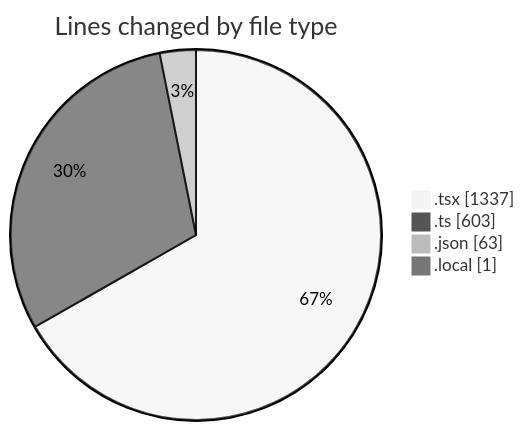
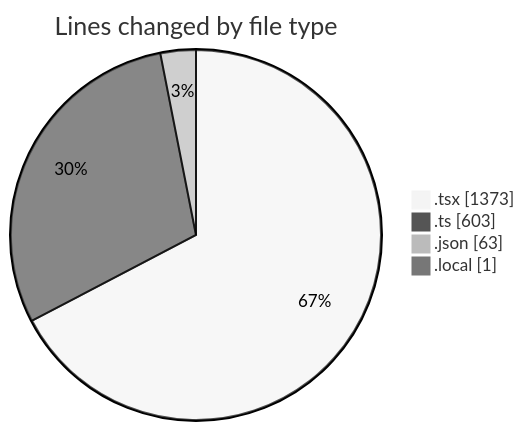
The first of 2 diagrams in 2025-10-21/eventscop-frontend-guide__workspace_/README.md (julien-gomy/code-tracking), drawn with Mermaid (neutral theme) before and after one commit. The commit also changed other lines of this file and 1 other file, not shown here.

````diff
--- a/2025-10-21/eventscop-frontend-guide__workspace_/README.md
+++ b/2025-10-21/eventscop-frontend-guide__workspace_/README.md
@@ -42,8 +43,8 @@
 ```mermaid
 pie showData
 title Lines changed by file type
-".tsx" : 1337
+".tsx" : 1373
 ".ts" : 603
 ".json" : 63
 ".local" : 1
 ```
````
